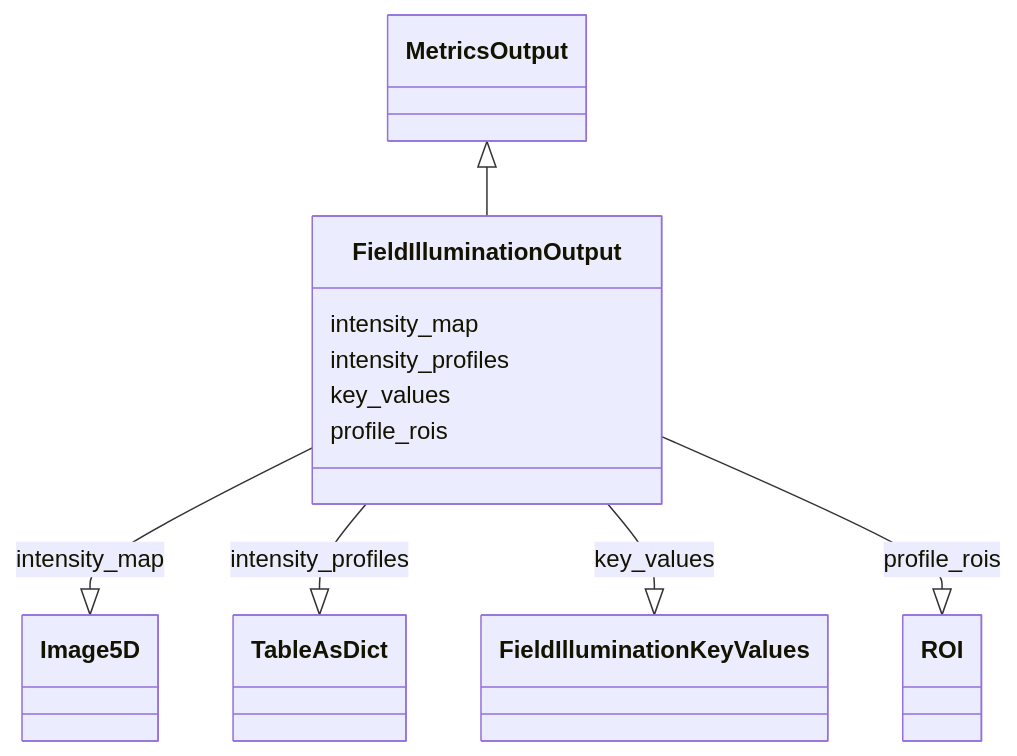
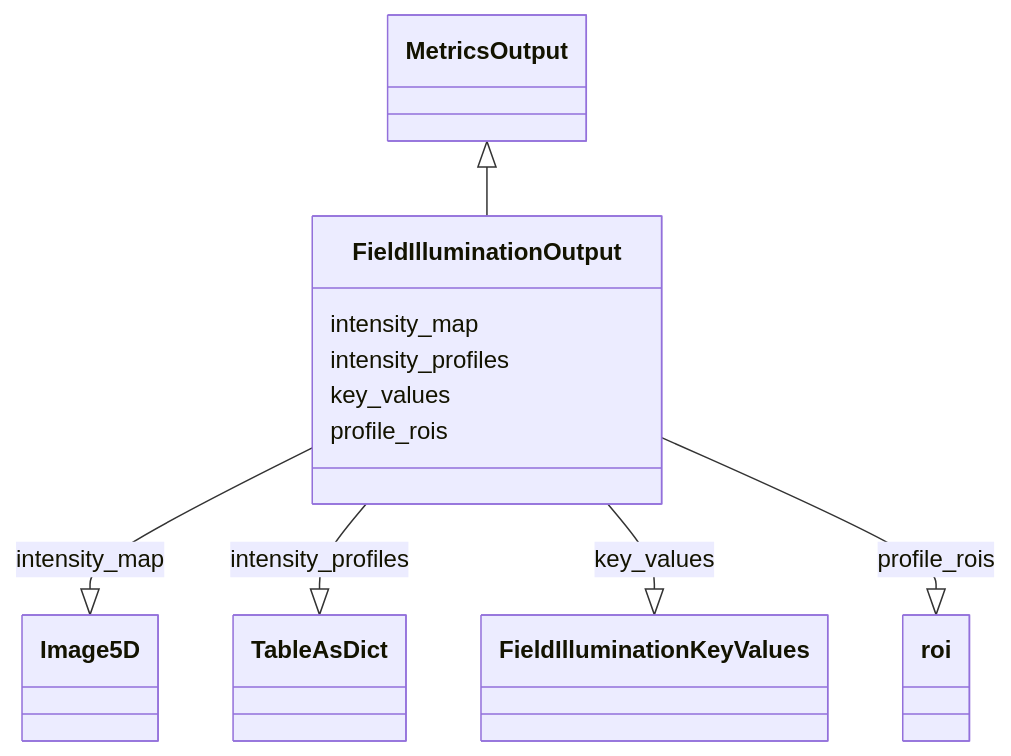
Before and after one commit to juliomateoslangerak/microscope-metrics: the diagram in docs/schema/samples/FieldIlluminationOutput.md, drawn with Mermaid. The commit also changed other lines of this file and 193 other files, not shown here.

Commit message:
Minor updates to the schema - ROI is lowercase - More descriptions

````diff
--- a/docs/schema/samples/FieldIlluminationOutput.md
+++ b/docs/schema/samples/FieldIlluminationOutput.md
@@ -10,23 +10,23 @@
 ```mermaid
  classDiagram
     class FieldIlluminationOutput
       MetricsOutput <|-- FieldIlluminationOutput
       
       FieldIlluminationOutput : intensity_map
         
           FieldIlluminationOutput --|> Image5D : intensity_map
         
       FieldIlluminationOutput : intensity_profiles
         
           FieldIlluminationOutput --|> TableAsDict : intensity_profiles
         
       FieldIlluminationOutput : key_values
         
           FieldIlluminationOutput --|> FieldIlluminationKeyValues : key_values
         
       FieldIlluminationOutput : profile_rois
         
-          FieldIlluminationOutput --|> ROI : profile_rois
+          FieldIlluminationOutput --|> roi : profile_rois
         
       
 ```
````
